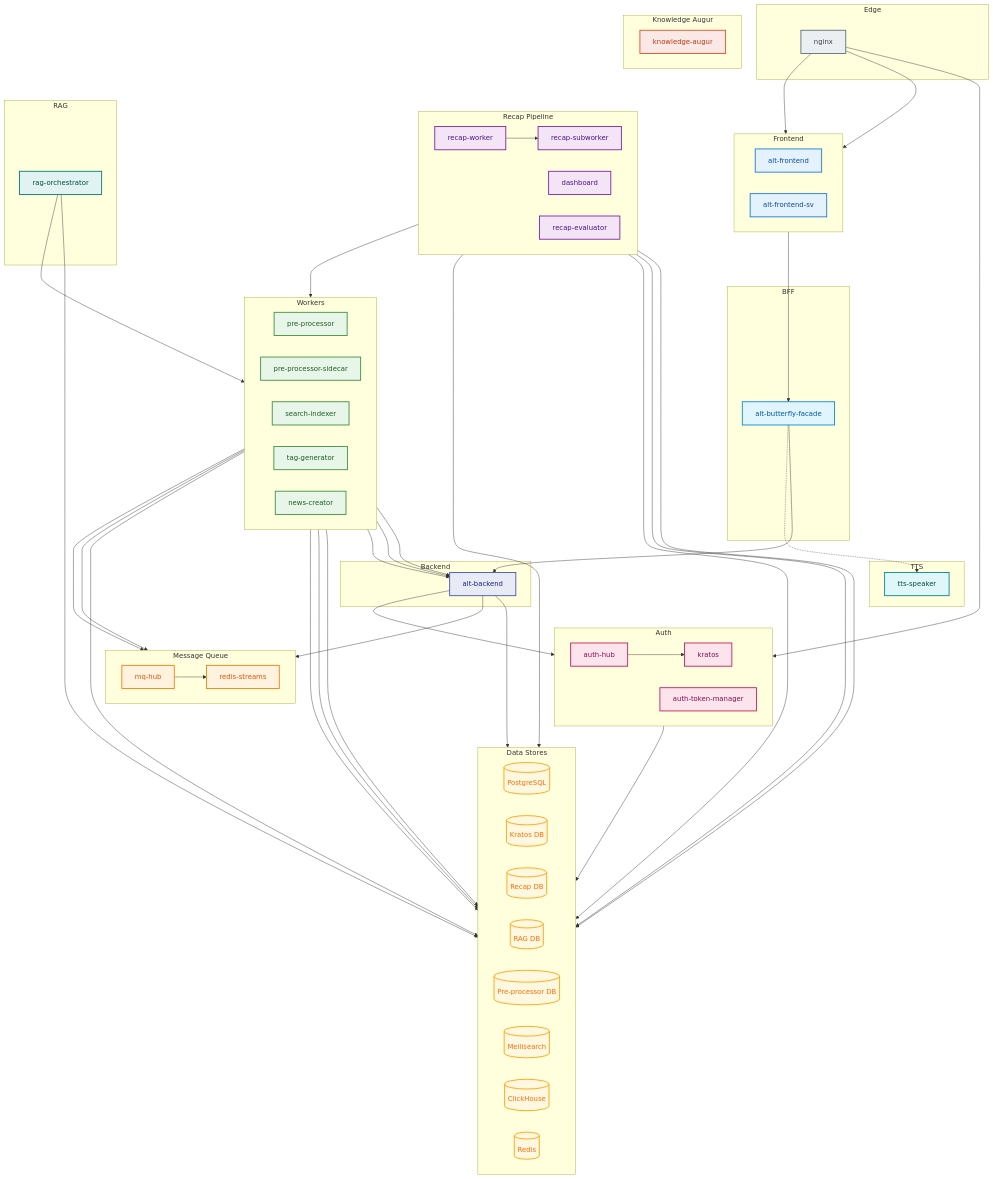
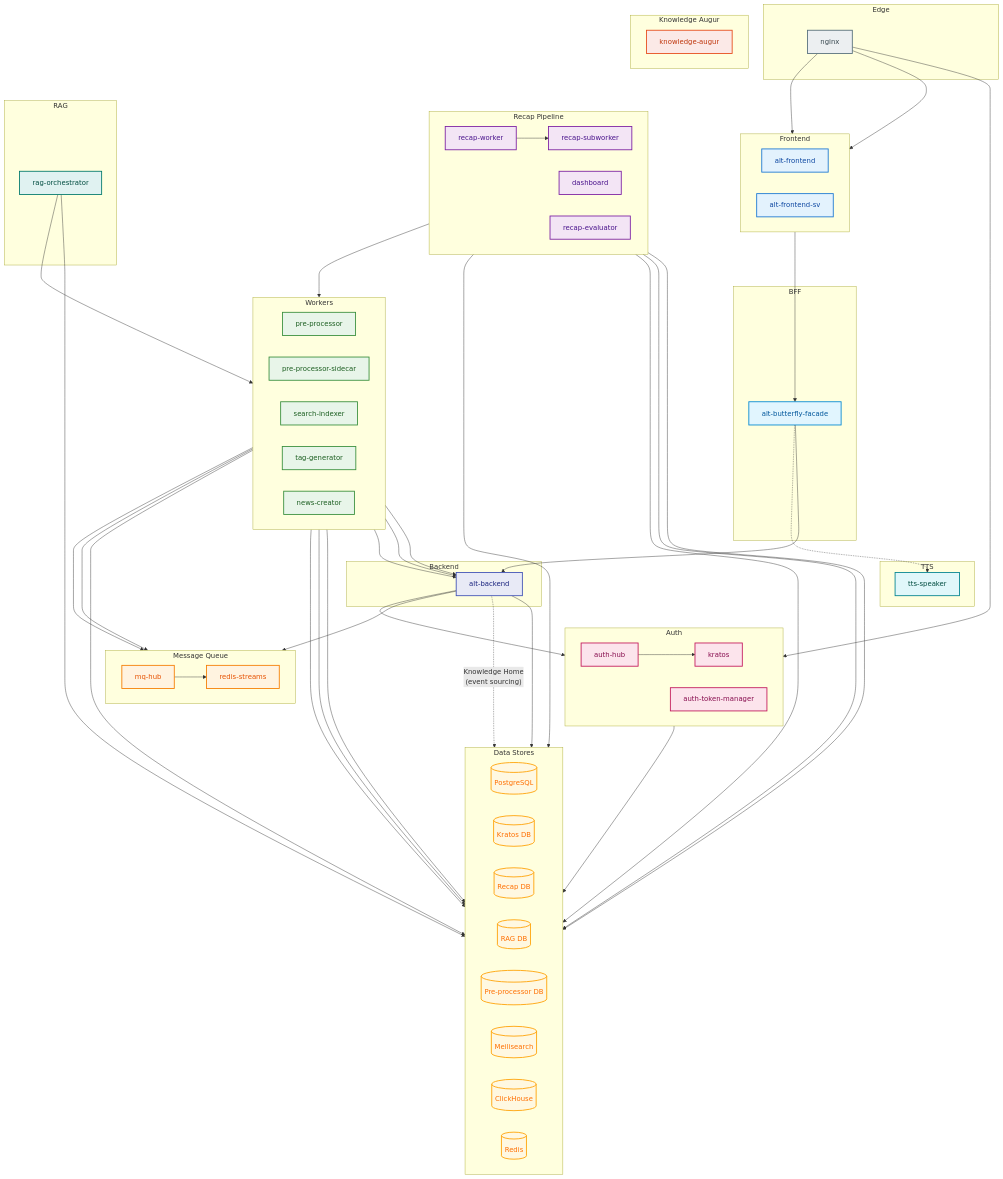
Before and after one commit to Kaikei-e/Alt: the diagram in docs/services/MICROSERVICES.md, drawn with Mermaid. The commit also changed other lines of this file and 29 other files, not shown here.

First line of the commit message:
docs: update last reviewed date and enhance Knowledge Home documentation

```diff
--- a/docs/services/MICROSERVICES.md
+++ b/docs/services/MICROSERVICES.md
@@ -181,6 +181,7 @@
     nginx --> alt-frontend & alt-frontend-sv & auth-hub
     alt-frontend-sv --> alt-butterfly-facade --> alt-backend
     alt-backend --> db & mq-hub & auth-hub
+    alt-backend -.->|"Knowledge Home\n(event sourcing)"| db
     auth-hub --> kratos --> kratos-db
 
     %% Worker connections (ADR-000241: via alt-backend Internal API)
```
